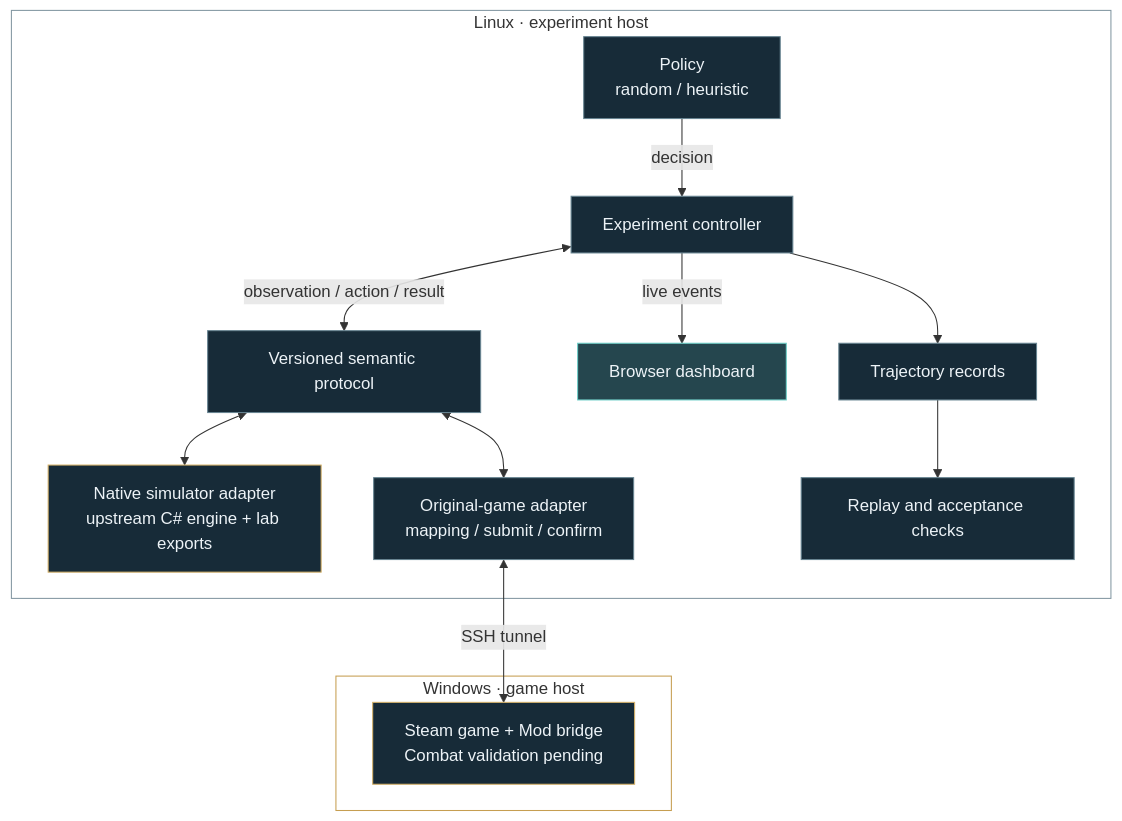
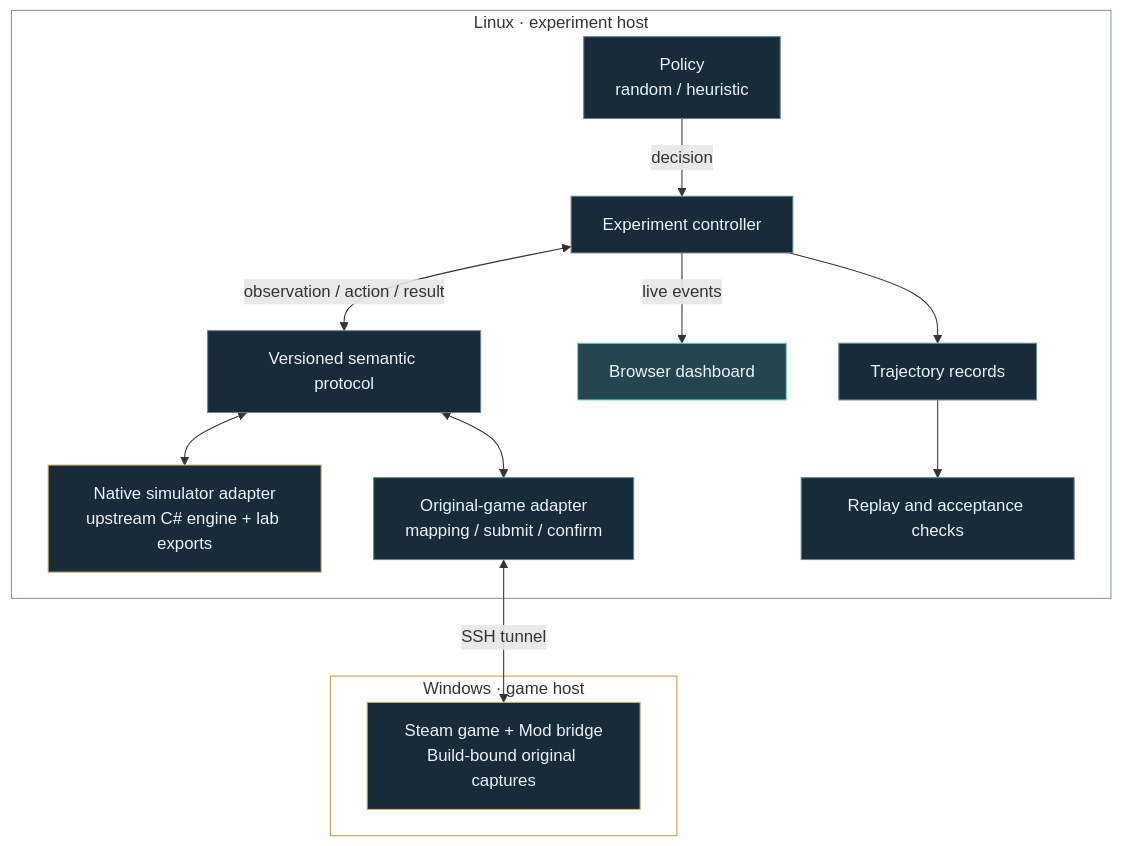
One commit to Lidz-abel/Spire2Lab changed the diagram in README.md. Above: the diagram before and after it, drawn with Mermaid. The commit also changed other lines of this file and 6 other files, not shown here.

````diff
--- a/README.md
+++ b/README.md
@@ -50,23 +50,23 @@
 ```mermaid
 flowchart TB
     subgraph linux["Linux · experiment host"]
         P["Policy<br/>random / heuristic"] -->|decision| R["Experiment controller"]
         R <-->|observation / action / result| C["Versioned semantic protocol"]
         C <--> S["Native simulator adapter<br/>upstream C# engine + lab exports"]
         C <--> O["Original-game adapter<br/>mapping / submit / confirm"]
         R -->|live events| D["Browser dashboard"]
         R --> T["Trajectory records"]
         T --> V["Replay and acceptance checks"]
     end
     subgraph windows["Windows · game host"]
-        G["Steam game + Mod bridge<br/>Combat validation pending"]
+        G["Steam game + Mod bridge<br/>Build-bound original captures"]
     end
     O <-->|SSH tunnel| G
     classDef default fill:#172B38,stroke:#688592,color:#EDF3F7
     classDef observed fill:#25464E,stroke:#6ECFC8,color:#EDF3F7
     classDef game fill:#172B38,stroke:#D5B168,color:#EDF3F7
     class D observed
     class S,G game
     style linux fill:transparent,stroke:#8397A2
     style windows fill:transparent,stroke:#C69E51
 ```
````
